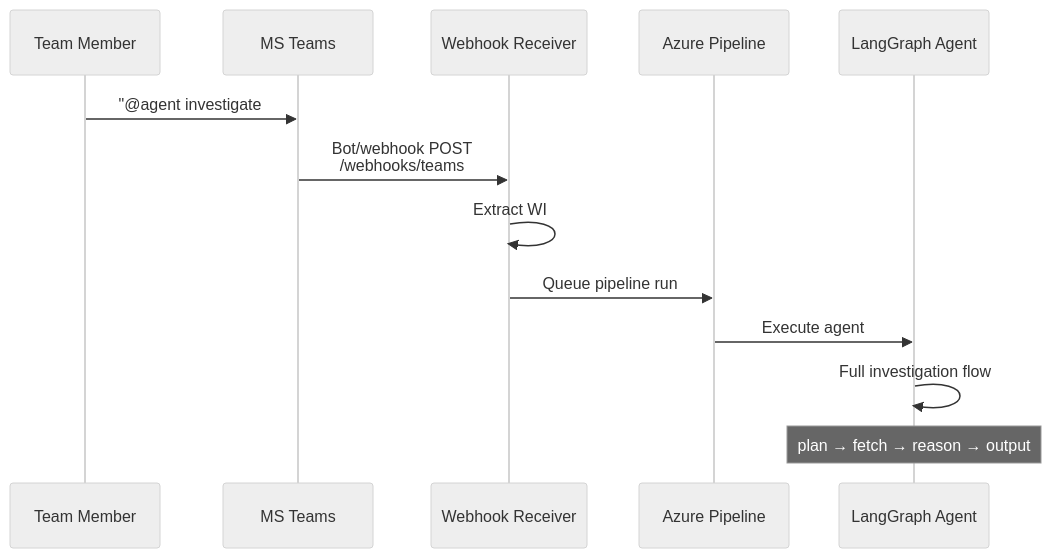
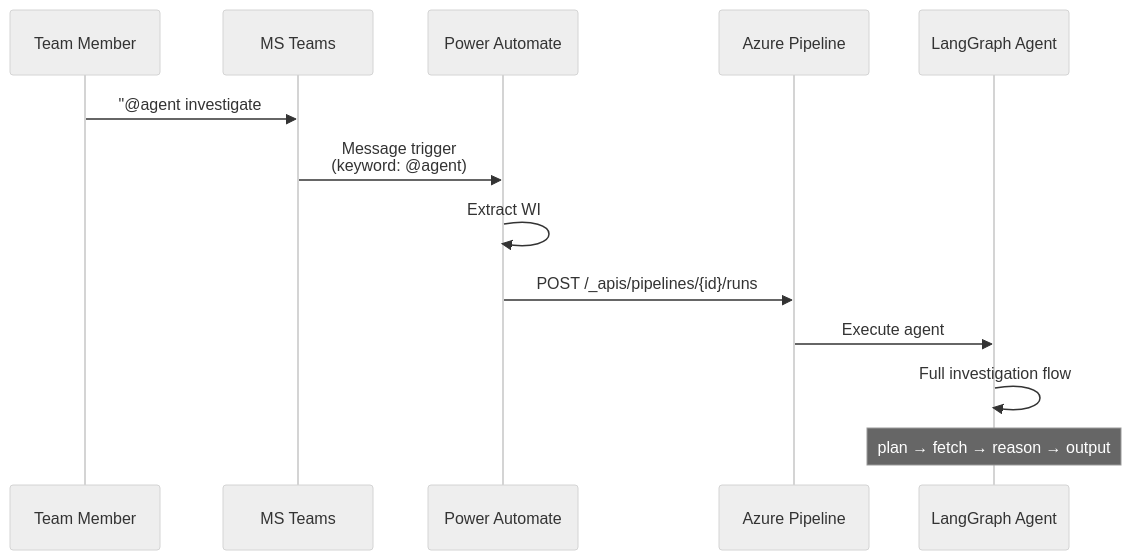
The sixth of 9 diagrams in README.md (victorvos/devops_agent), drawn with Mermaid (neutral theme) before and after one commit. The commit also changed other lines of this file and 7 other files, not shown here.

````diff
--- a/README.md
+++ b/README.md
@@ -306,16 +302,16 @@
 ```mermaid
 sequenceDiagram
     participant User as Team Member
     participant Teams as MS Teams
-    participant WH as Webhook Receiver
+    participant PA as Power Automate
     participant Pipe as Azure Pipeline
     participant Agent as LangGraph Agent
 
     User->>Teams: "@agent investigate #1234<br/>focus on payment retries"
-    Teams->>WH: Bot/webhook POST<br/>/webhooks/teams
-    WH->>WH: Extract WI #1234<br/>+ context text
-    WH->>Pipe: Queue pipeline run
+    Teams->>PA: Message trigger<br/>(keyword: @agent)
+    PA->>PA: Extract WI #1234 + context
+    PA->>Pipe: POST /_apis/pipelines/{id}/runs
     Pipe->>Agent: Execute agent
     Agent->>Agent: Full investigation flow
     Note over Agent: plan → fetch → reason → output
 ```
````
